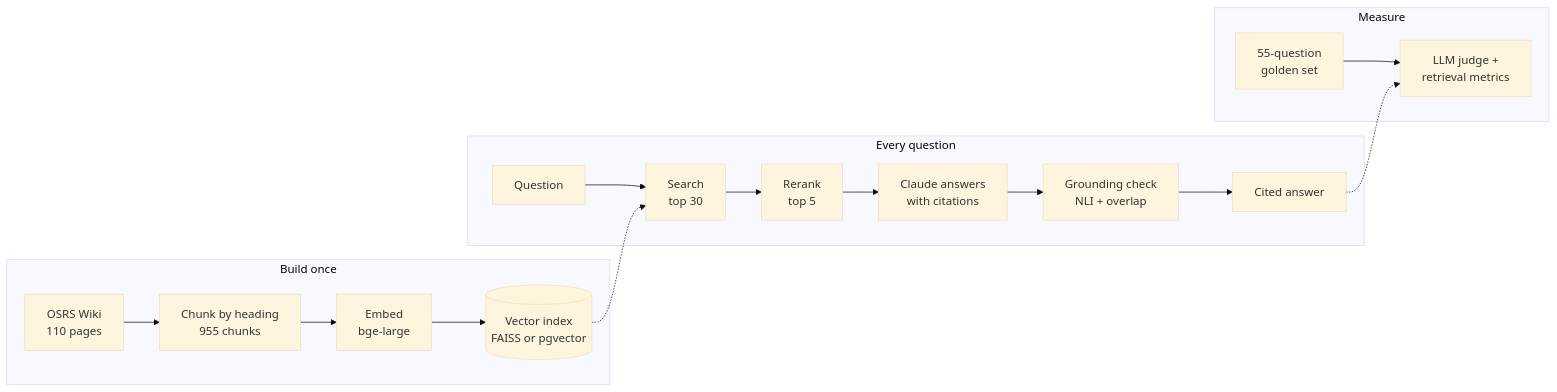
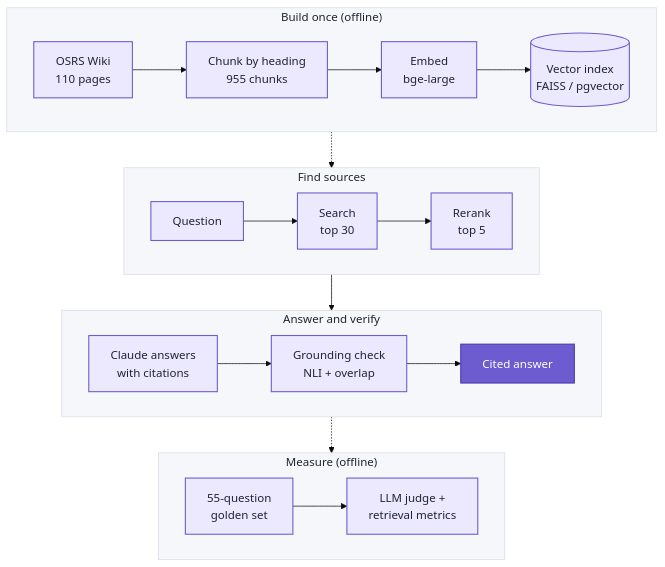
The diagram in README.md (lofeodo/rag-with-receipts), drawn with Mermaid (base theme) before and after one commit. The commit also changed other lines of this file and 4 other files, not shown here.

First line of the commit message:
docs(readme): replace Mermaid bar charts with generated SVGs, reshape pipeline diagram

````diff
--- a/README.md
+++ b/README.md
@@ -75,14 +51,31 @@
 ```mermaid
-flowchart LR
-    subgraph OFFLINE["Build once"]
-        W["OSRS Wiki<br/>110 pages"] --> C["Chunk by heading<br/>955 chunks"] --> E["Embed<br/>bge-large"] --> V[("Vector index<br/>FAISS or pgvector")]
+flowchart TB
+    subgraph BUILD["Build once (offline)"]
+        direction LR
+        W["OSRS Wiki<br/>110 pages"] --> C["Chunk by heading<br/>955 chunks"] --> E["Embed<br/>bge-large"] --> V[("Vector index<br/>FAISS / pgvector")]
     end
-    subgraph ONLINE["Every question"]
-        Q["Question"] --> S["Search<br/>top 30"] --> R["Rerank<br/>top 5"] --> G["Claude answers<br/>with citations"] --> K["Grounding check<br/>NLI + overlap"] --> A["Cited answer"]
+    subgraph FIND["Find sources"]
+        direction LR
+        Q["Question"] --> S["Search<br/>top 30"] --> R["Rerank<br/>top 5"]
     end
-    V -.-> S
-    subgraph MEASURE["Measure"]
+    subgraph ANSWER["Answer and verify"]
+        direction LR
+        G["Claude answers<br/>with citations"] --> K["Grounding check<br/>NLI + overlap"] --> A["Cited answer"]
+    end
+    subgraph MEASURE["Measure (offline)"]
+        direction LR
         D["55-question<br/>golden set"] --> J["LLM judge +<br/>retrieval metrics"]
     end
-    A -.-> J
+    BUILD -.-> FIND
+    FIND --> ANSWER
+    ANSWER -.-> MEASURE
+
+    classDef node fill:#ece9ff,stroke:#6d5bd0,color:#1f2430,stroke-width:1.5px
+    classDef key fill:#6d5bd0,stroke:#4b3bb0,color:#ffffff,stroke-width:1.5px
+    class W,C,E,V,Q,S,R,G,K,D,J node
+    class A key
+    style BUILD fill:#f6f7fb,stroke:#d7dbe6,color:#1f2430
+    style FIND fill:#f6f7fb,stroke:#d7dbe6,color:#1f2430
+    style ANSWER fill:#f6f7fb,stroke:#d7dbe6,color:#1f2430
+    style MEASURE fill:#f6f7fb,stroke:#d7dbe6,color:#1f2430
 ```
````
